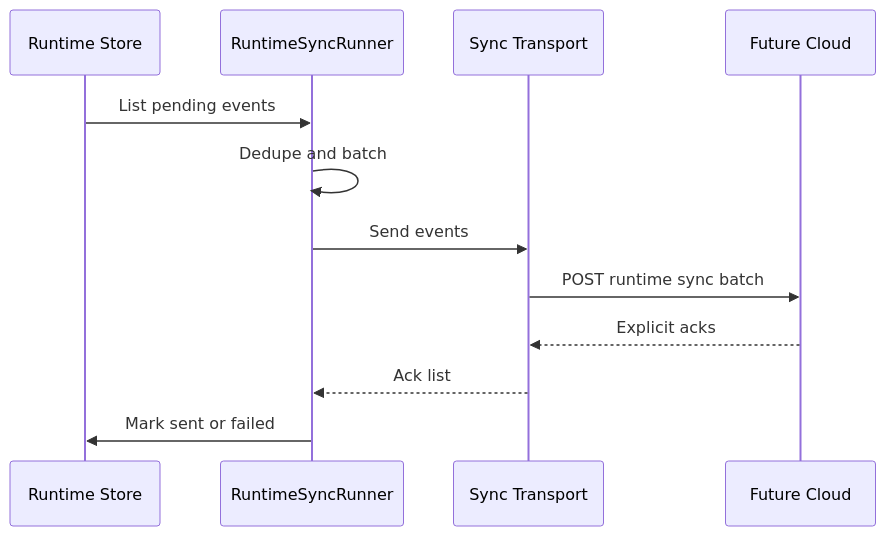
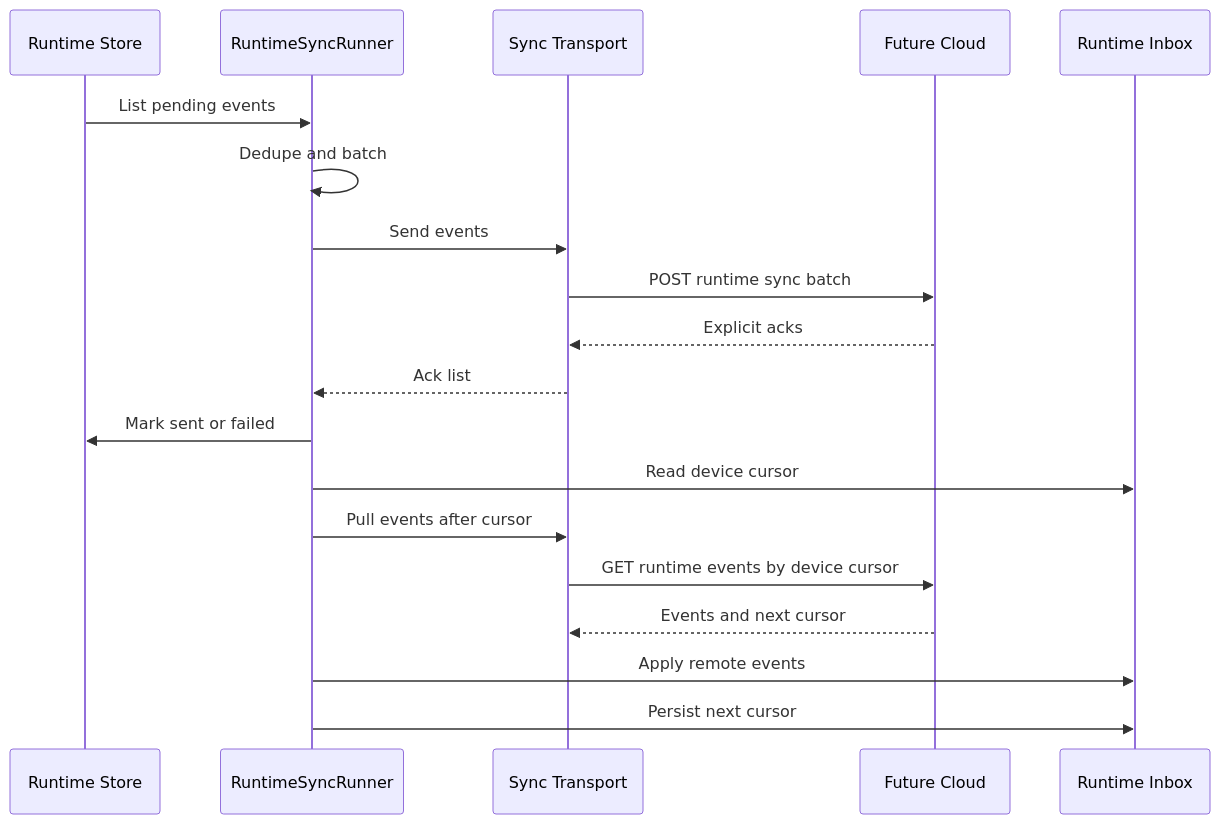
The fifth of 5 diagrams in docs/architecture.md (NoDeskAI/ink-surface-sdk), drawn with Mermaid before and after one commit. The commit also changed other lines of this file and 64 other files, not shown here.

````diff
--- a/docs/architecture.md
+++ b/docs/architecture.md
@@ -342,15 +417,22 @@
 ```mermaid
 sequenceDiagram
   participant Runtime as Runtime Store
   participant Runner as RuntimeSyncRunner
   participant Transport as Sync Transport
   participant Cloud as Future Cloud
+  participant Inbox as Runtime Inbox
 
   Runtime->>Runner: List pending events
   Runner->>Runner: Dedupe and batch
   Runner->>Transport: Send events
   Transport->>Cloud: POST runtime sync batch
   Cloud-->>Transport: Explicit acks
   Transport-->>Runner: Ack list
   Runner->>Runtime: Mark sent or failed
+  Runner->>Inbox: Read device cursor
+  Runner->>Transport: Pull events after cursor
+  Transport->>Cloud: GET runtime events by device cursor
+  Cloud-->>Transport: Events and next cursor
+  Runner->>Inbox: Apply remote events
+  Runner->>Inbox: Persist next cursor
 ```
````
